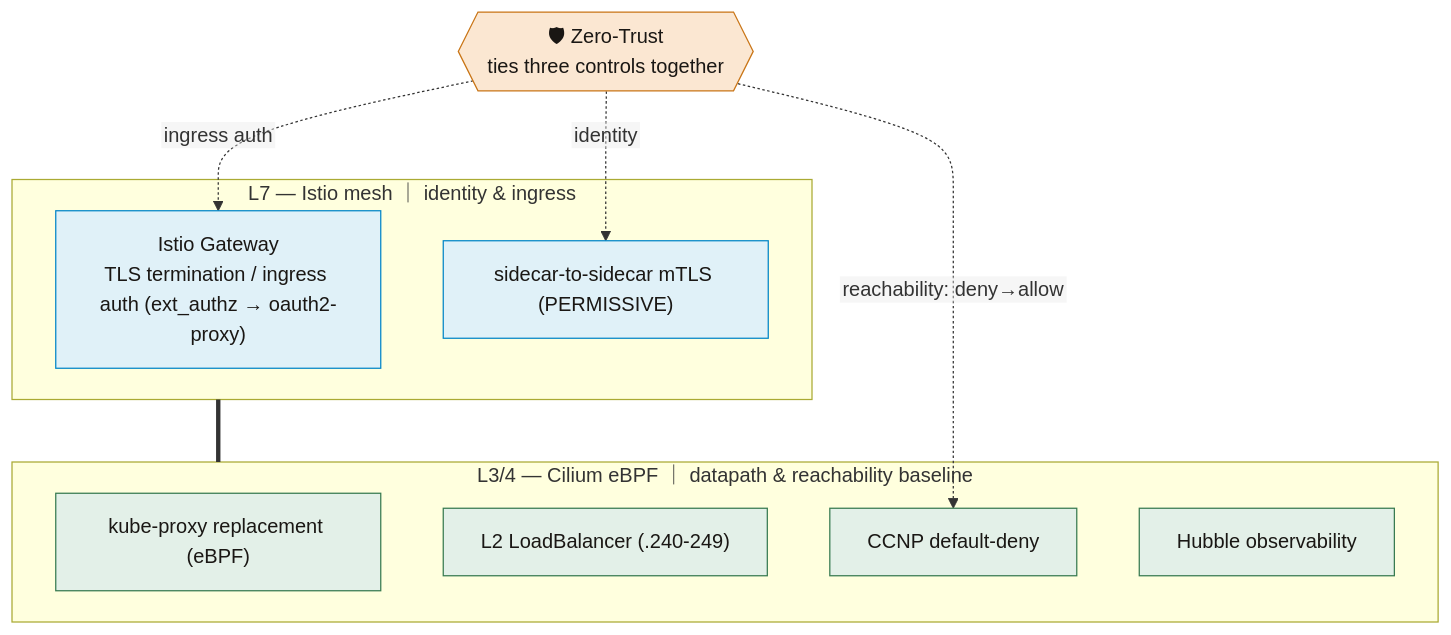
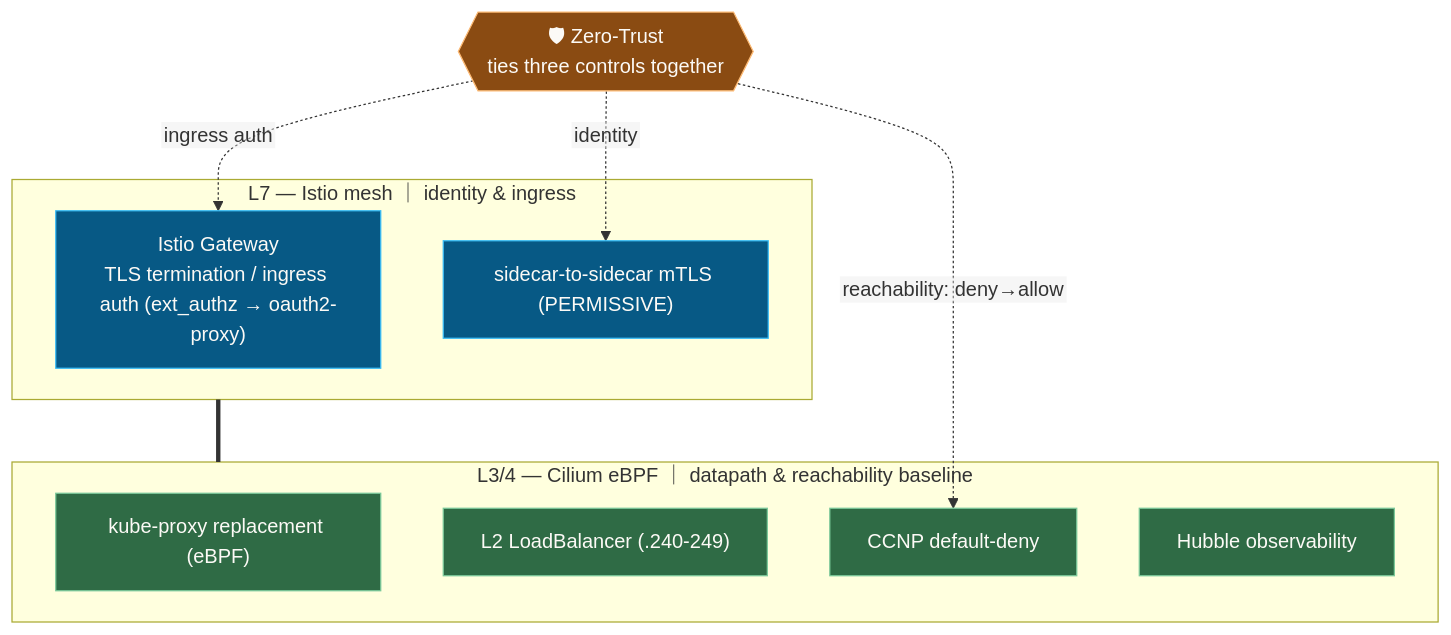
Before and after one commit to yu-min3/kensan-lab: the first of 3 diagrams in kubernetes/network/README.md, drawn with Mermaid. The commit also changed other lines of this file and 2 other files, not shown here.

Commit message:
docs: PC版のWhetstone表示を調整

````diff
--- a/kubernetes/network/README.md
+++ b/kubernetes/network/README.md
@@ -24,28 +24,28 @@
 ```mermaid
 %%{init: {"flowchart": {"htmlLabels": false}} }%%
 flowchart TB
     subgraph ISTIO["L7 — Istio mesh ｜ identity & ingress"]
         GW["Istio Gateway<br/>TLS termination / ingress auth (ext_authz → oauth2-proxy)"]
         MTLS["sidecar-to-sidecar mTLS (PERMISSIVE)"]
     end
     subgraph CILIUM["L3/4 — Cilium eBPF ｜ datapath & reachability baseline"]
         KP["kube-proxy replacement (eBPF)"]
         LB["L2 LoadBalancer (.240-249)"]
         CCNP["CCNP default-deny"]
         HUB["Hubble observability"]
     end
     ISTIO === CILIUM
 
     ZT{{"🛡 Zero-Trust<br/>ties three controls together"}}
     ZT -.->|ingress auth| GW
     ZT -.->|identity| MTLS
     ZT -.->|reachability: deny→allow| CCNP
 
-    classDef default fill:#FCFAF6,stroke:#D2C9B5,color:#1A1714
-    classDef l7 fill:#E0F1F8,stroke:#0284C7,color:#1A1714
-    classDef l34 fill:#E3F0E8,stroke:#377A50,color:#1A1714
-    classDef zt fill:#FBE7D2,stroke:#C97516,color:#1A1714
+    classDef default fill:#26221D,stroke:#4A4232,color:#FCFAF6
+    classDef l7 fill:#075985,stroke:#38BDF8,color:#FCFAF6
+    classDef l34 fill:#2F6B45,stroke:#7AC99A,color:#FCFAF6
+    classDef zt fill:#8A4B12,stroke:#FDBA74,color:#FCFAF6
     class GW,MTLS l7
     class KP,LB,CCNP,HUB l34
     class ZT zt
 ```
````
